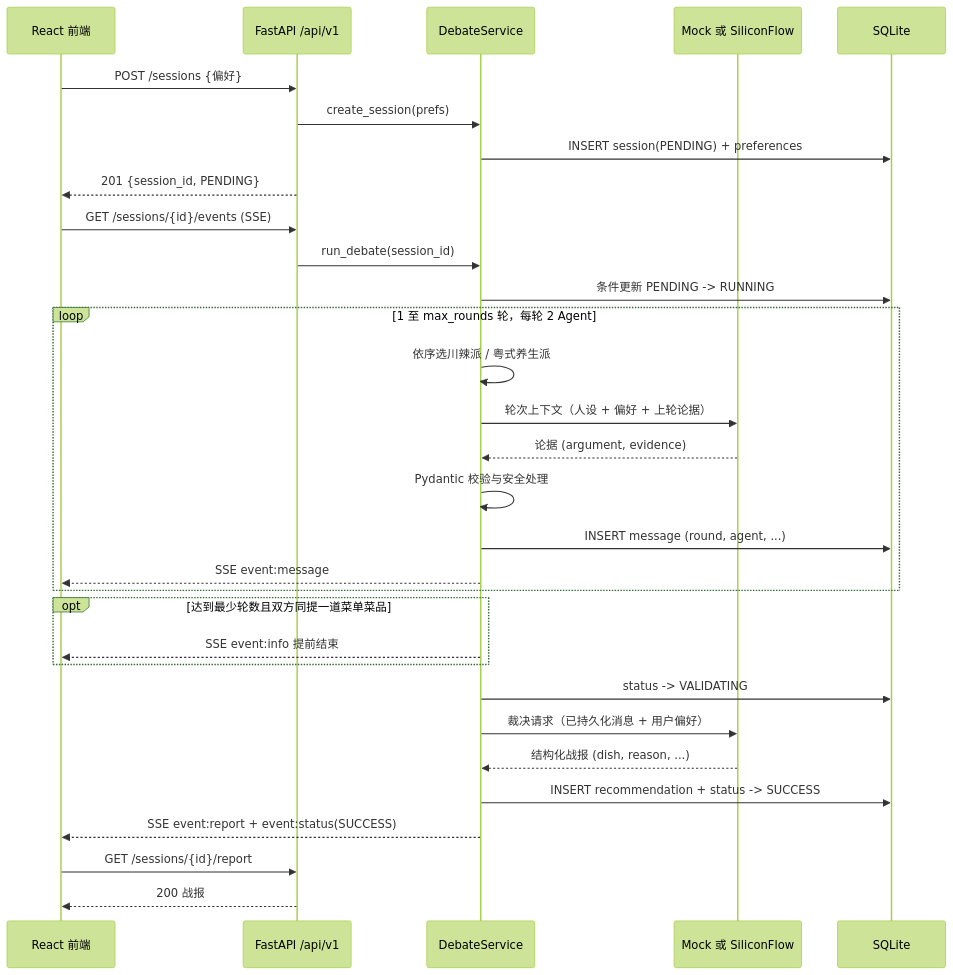
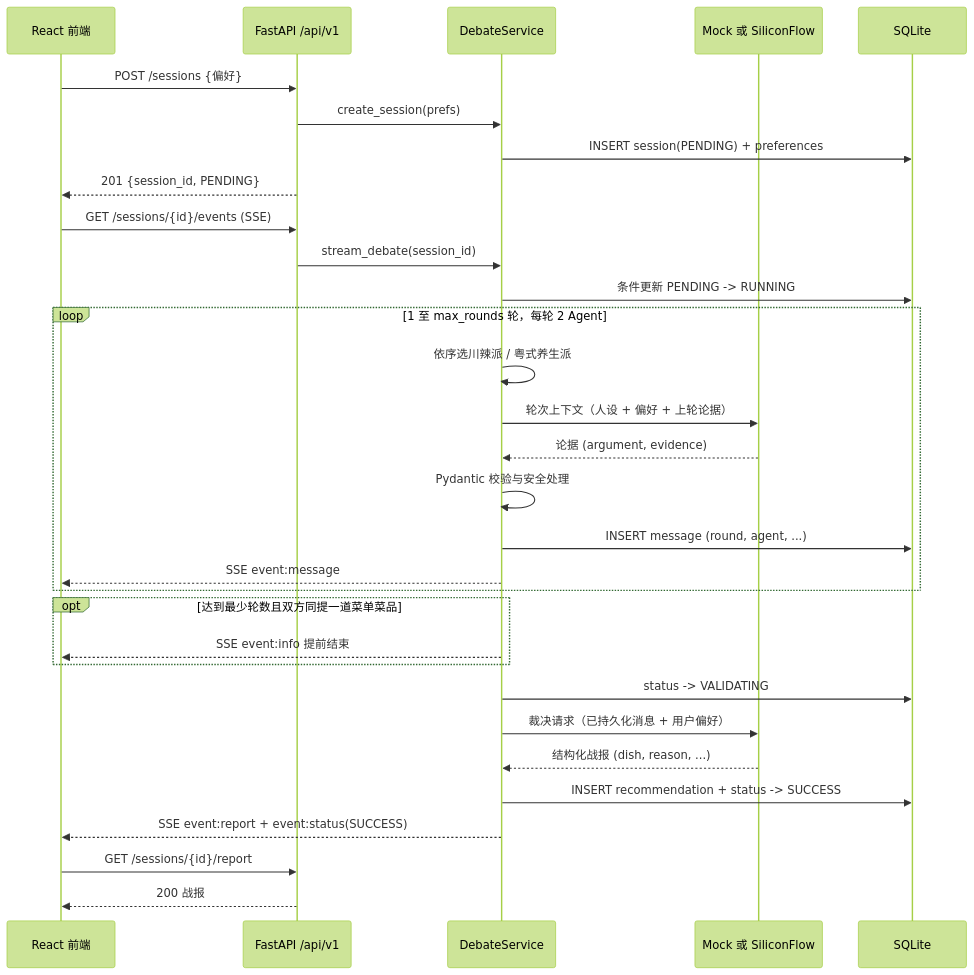
Before and after one commit to 2467999639-zz/foodarena-ai: the fifth of 6 diagrams in docs/system_design.md, drawn with Mermaid (forest theme). The commit also changed other lines of this file and 4 other files, not shown here.

````diff
--- a/docs/system_design.md
+++ b/docs/system_design.md
@@ -197,38 +197,38 @@
 ```mermaid
 sequenceDiagram
     participant UI as React 前端
     participant API as FastAPI /api/v1
     participant SVC as DebateService
     participant P as Mock 或 SiliconFlow
     participant DB as SQLite
 
     UI->>API: POST /sessions {偏好}
     API->>SVC: create_session(prefs)
     SVC->>DB: INSERT session(PENDING) + preferences
     API-->>UI: 201 {session_id, PENDING}
 
     UI->>API: GET /sessions/{id}/events (SSE)
-    API->>SVC: run_debate(session_id)
+    API->>SVC: stream_debate(session_id)
     SVC->>DB: 条件更新 PENDING -> RUNNING
 
     loop 1 至 max_rounds 轮，每轮 2 Agent
         SVC->>SVC: 依序选川辣派 / 粤式养生派
         SVC->>P: 轮次上下文（人设 + 偏好 + 上轮论据）
         P-->>SVC: 论据 (argument, evidence)
         SVC->>SVC: Pydantic 校验与安全处理
         SVC->>DB: INSERT message (round, agent, ...)
         SVC-->>UI: SSE event:message
     end
 
     opt 达到最少轮数且双方同提一道菜单菜品
         SVC-->>UI: SSE event:info 提前结束
     end
 
     SVC->>DB: status -> VALIDATING
     SVC->>P: 裁决请求（已持久化消息 + 用户偏好）
     P-->>SVC: 结构化战报 (dish, reason, ...)
     SVC->>DB: INSERT recommendation + status -> SUCCESS
     SVC-->>UI: SSE event:report + event:status(SUCCESS)
     UI->>API: GET /sessions/{id}/report
     API-->>UI: 200 战报
 ```
````
